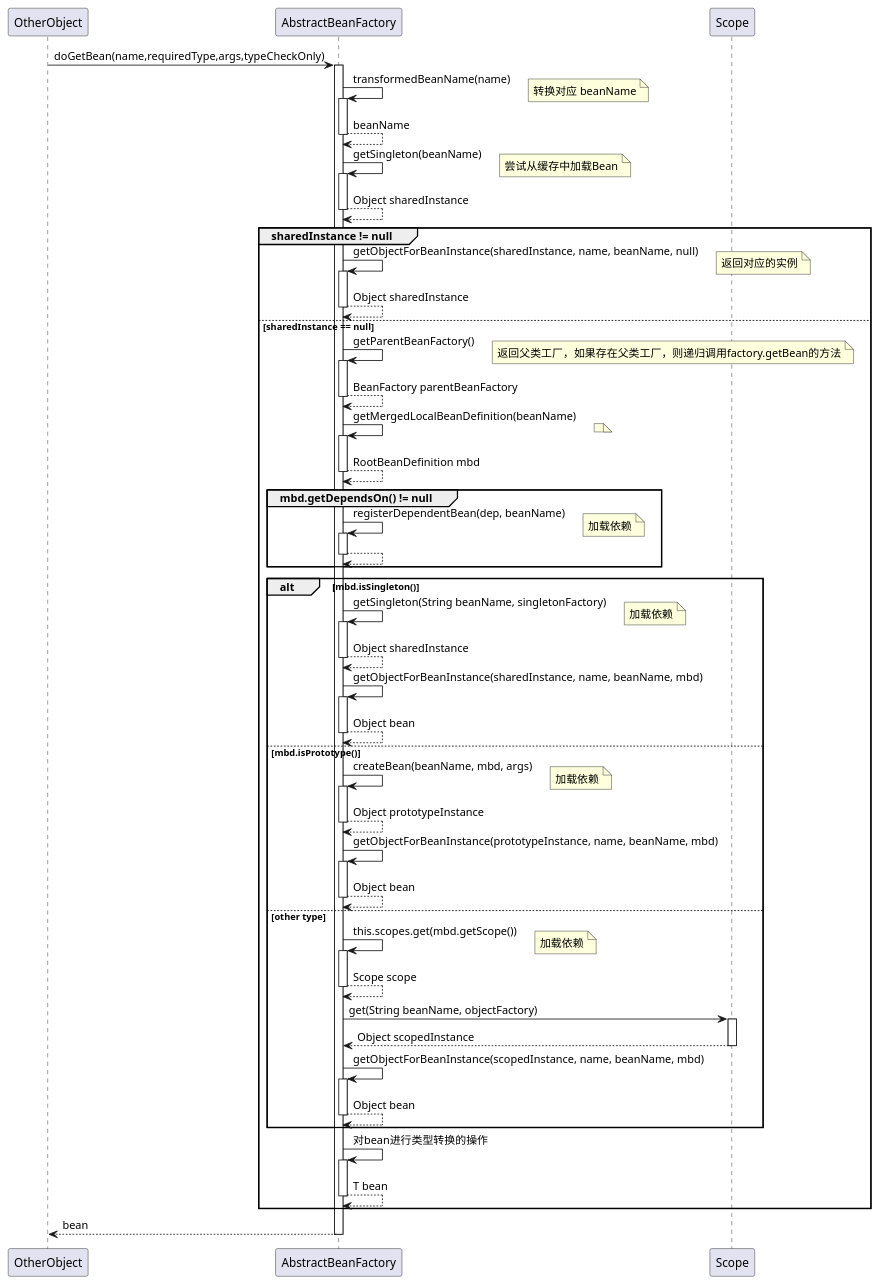
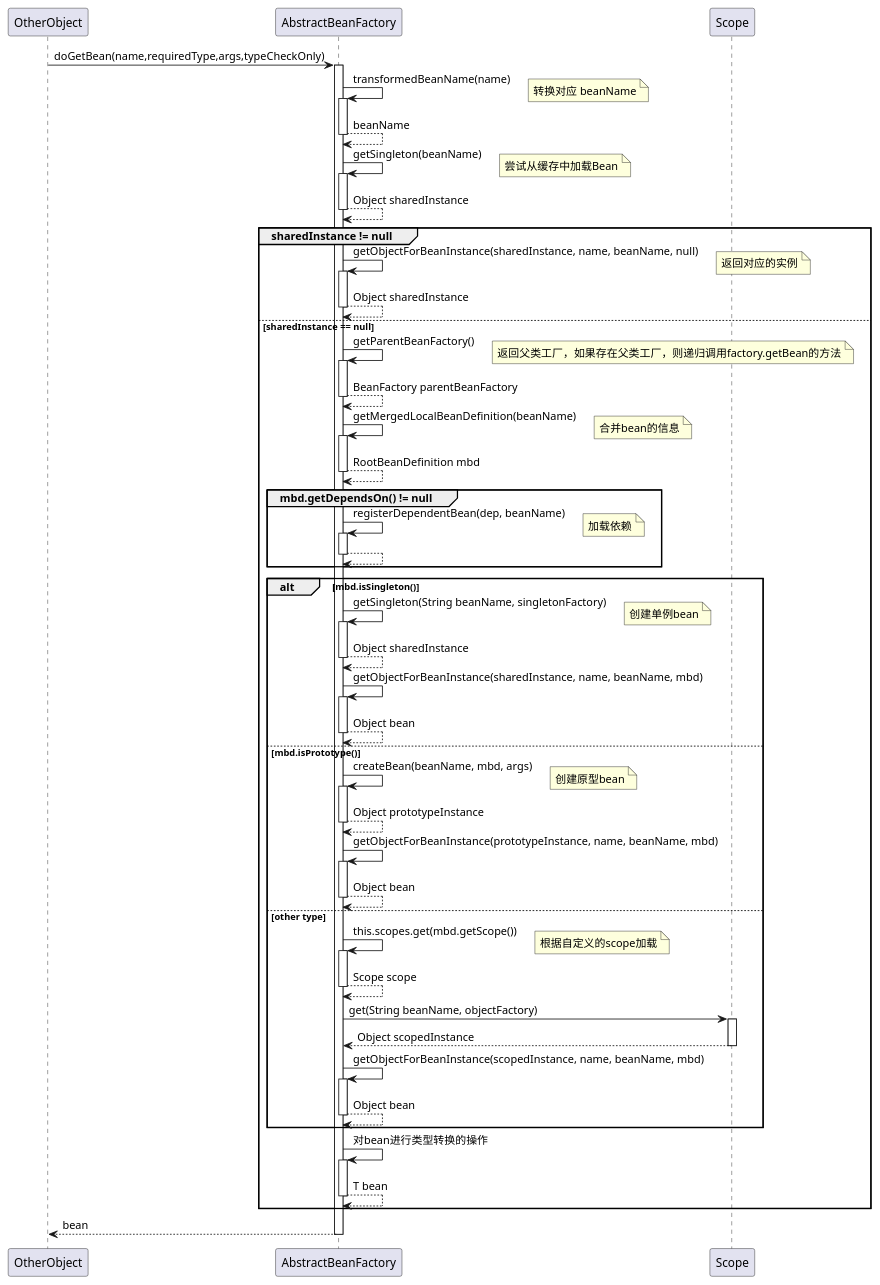
One commit to aFightz/spring-uml changed the diagram in uml/doGetBean.puml. Above: the diagram before and after it, drawn with PlantUML.

Commit message:
push xml。

```diff
--- a/uml/doGetBean.puml
+++ b/uml/doGetBean.puml
@@ -1,81 +1,81 @@
 @startuml
 OtherObject -> AbstractBeanFactory:doGetBean(name,requiredType,args,typeCheckOnly)
 activate AbstractBeanFactory
     AbstractBeanFactory -> AbstractBeanFactory:transformedBeanName(name)
     note right:转换对应 beanName
     activate AbstractBeanFactory
     return beanName
 
 
     AbstractBeanFactory -> AbstractBeanFactory:getSingleton(beanName)
     note right:尝试从缓存中加载Bean
     activate AbstractBeanFactory
     return Object sharedInstance
 
     group sharedInstance != null
 
         AbstractBeanFactory -> AbstractBeanFactory:getObjectForBeanInstance(sharedInstance, name, beanName, null)
         note right:返回对应的实例
         activate AbstractBeanFactory
         return Object sharedInstance
 
     else sharedInstance == null
 
         AbstractBeanFactory -> AbstractBeanFactory:getParentBeanFactory()
         note right:返回父类工厂，如果存在父类工厂，则递归调用factory.getBean的方法
         activate AbstractBeanFactory
         return BeanFactory parentBeanFactory
 
         AbstractBeanFactory -> AbstractBeanFactory:getMergedLocalBeanDefinition(beanName)
-        note right:
+        note right:合并bean的信息
         activate AbstractBeanFactory
         return RootBeanDefinition mbd
 
         group mbd.getDependsOn() != null
             AbstractBeanFactory -> AbstractBeanFactory:registerDependentBean(dep, beanName)
             note right:加载依赖
             activate AbstractBeanFactory
             return
         end
 
         alt mbd.isSingleton()
             AbstractBeanFactory -> AbstractBeanFactory:getSingleton(String beanName, singletonFactory)
-            note right:加载依赖
+            note right:创建单例bean
             activate AbstractBeanFactory
             return Object sharedInstance
 
             AbstractBeanFactory -> AbstractBeanFactory:getObjectForBeanInstance(sharedInstance, name, beanName, mbd)
             activate AbstractBeanFactory
             return Object bean
 
         else mbd.isPrototype()
             AbstractBeanFactory -> AbstractBeanFactory:createBean(beanName, mbd, args)
-            note right:加载依赖
+            note right:创建原型bean
             activate AbstractBeanFactory
             return Object prototypeInstance
 
             AbstractBeanFactory -> AbstractBeanFactory:getObjectForBeanInstance(prototypeInstance, name, beanName, mbd)
             activate AbstractBeanFactory
             return Object bean
 
         else other type
             AbstractBeanFactory -> AbstractBeanFactory:this.scopes.get(mbd.getScope())
-            note right:加载依赖
+            note right:根据自定义的scope加载
             activate AbstractBeanFactory
             return Scope scope
 
             AbstractBeanFactory -> Scope:get(String beanName, objectFactory)
             activate Scope
             return Object scopedInstance
 
             AbstractBeanFactory -> AbstractBeanFactory:getObjectForBeanInstance(scopedInstance, name, beanName, mbd)
             activate AbstractBeanFactory
             return Object bean
         end
 
             AbstractBeanFactory -> AbstractBeanFactory:对bean进行类型转换的操作
             activate AbstractBeanFactory
             return T bean
     end
 return bean
 @enduml
```
